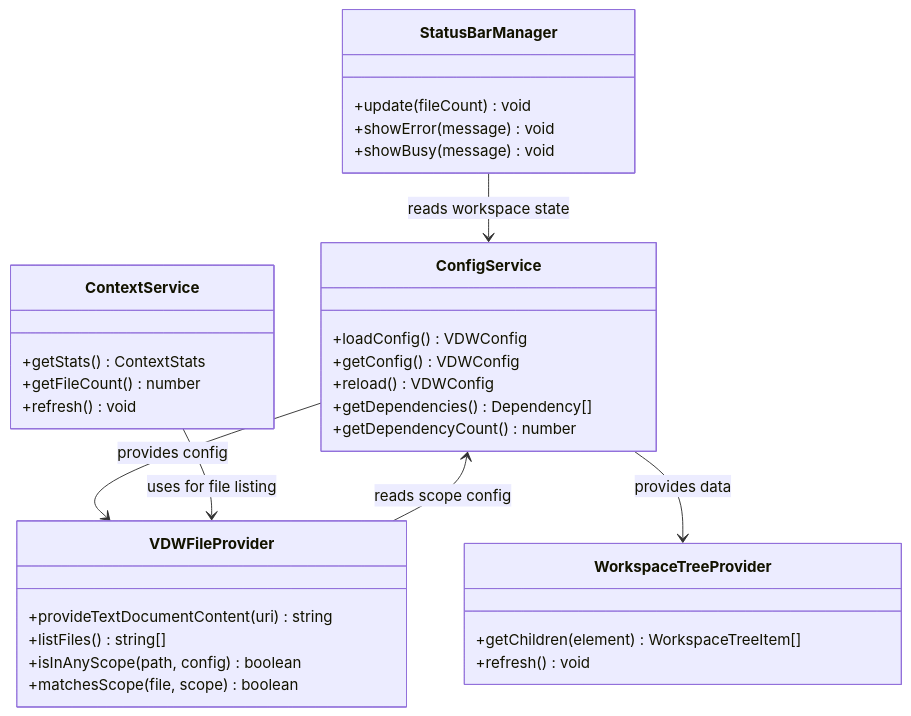
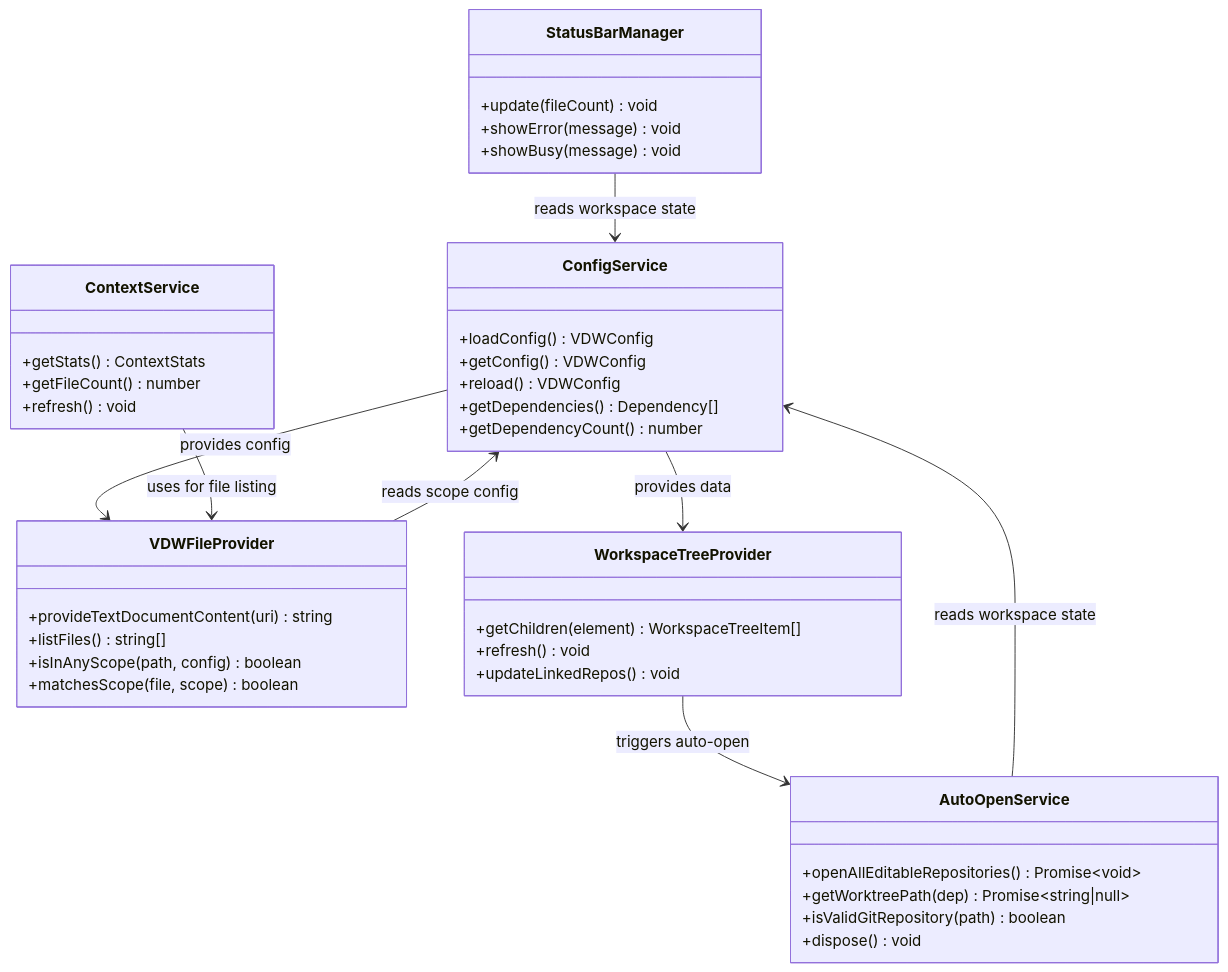
The fourth of 6 diagrams in .qoder/repowiki/en/content/Core Features Documentation/VS Code Plugin Bridge & IDE Integration.md (HWH-2019/vdw), drawn with Mermaid before and after one commit. The commit also changed other lines of this file and 12 other files, not shown here.

````diff
--- a/.qoder/repowiki/en/content/Core Features Documentation/VS Code Plugin Bridge & IDE Integration.md
+++ b/.qoder/repowiki/en/content/Core Features Documentation/VS Code Plugin Bridge & IDE Integration.md
@@ -283,35 +288,44 @@
 ```mermaid
 classDiagram
 class ConfigService {
 +loadConfig() VDWConfig
 +getConfig() VDWConfig
 +reload() VDWConfig
 +getDependencies() Dependency[]
 +getDependencyCount() number
 }
 class ContextService {
 +getStats() ContextStats
 +getFileCount() number
 +refresh() void
 }
 class VDWFileProvider {
 +provideTextDocumentContent(uri) string
 +listFiles() string[]
 +isInAnyScope(path, config) boolean
 +matchesScope(file, scope) boolean
 }
 class WorkspaceTreeProvider {
 +getChildren(element) WorkspaceTreeItem[]
 +refresh() void
++updateLinkedRepos() void
 }
 class StatusBarManager {
 +update(fileCount) void
 +showError(message) void
 +showBusy(message) void
 }
+class AutoOpenService {
++openAllEditableRepositories() Promise~void~
++getWorktreePath(dep) Promise~string|null~
++isValidGitRepository(path) boolean
++dispose() void
+}
 ConfigService --> VDWFileProvider : provides config
 ConfigService --> WorkspaceTreeProvider : provides data
 ContextService --> VDWFileProvider : uses for file listing
 VDWFileProvider --> ConfigService : reads scope config
 StatusBarManager --> ConfigService : reads workspace state
+AutoOpenService --> ConfigService : reads workspace state
+WorkspaceTreeProvider --> AutoOpenService : triggers auto-open
 ```
````
